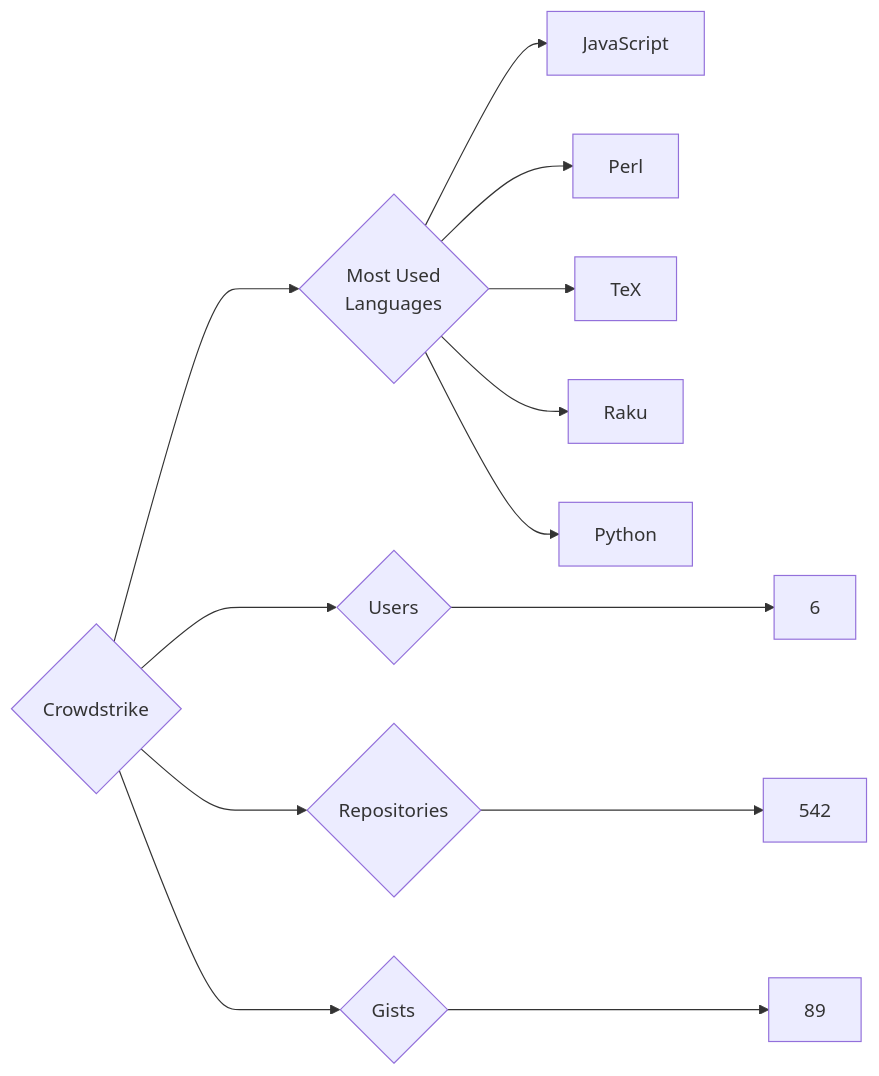
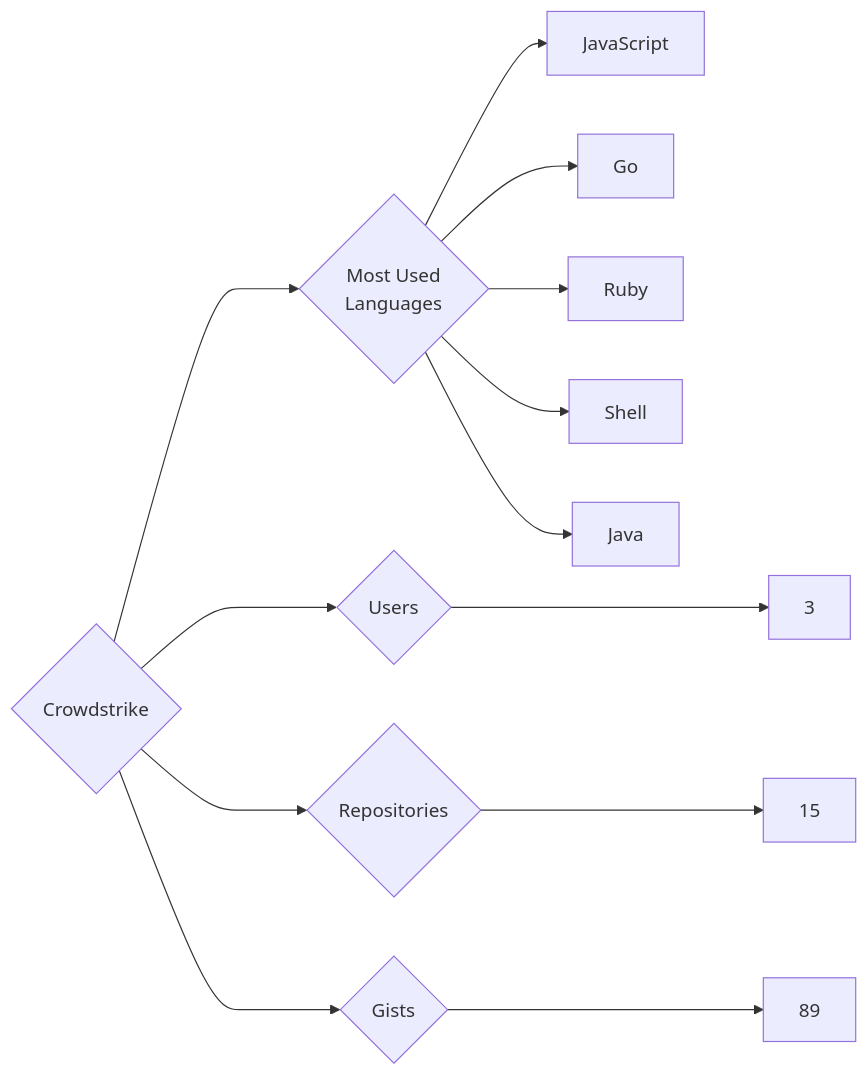
One commit to trickest/insiders changed the diagram in targets/Crowdstrike/README.md. Above: the diagram before and after it, drawn with Mermaid. The commit also changed 1089 other files, not shown here.

````diff
--- a/targets/Crowdstrike/README.md
+++ b/targets/Crowdstrike/README.md
@@ -3,13 +3,13 @@
 ```mermaid
 graph LR
 COMPANY_NAME{Crowdstrike}
-COMPANY_NAME ---> U{Users} ---> UN[6]
-COMPANY_NAME ---> R{Repositories} ---> RN[542]
+COMPANY_NAME ---> U{Users} ---> UN[3]
+COMPANY_NAME ---> R{Repositories} ---> RN[15]
 COMPANY_NAME ---> G{Gists} ---> GN[89]
 COMPANY_NAME ---> ML{Most Used<br>Languages}
 ML --> JavaScript[JavaScript]
-ML --> Perl[Perl]
-ML --> TeX[TeX]
-ML --> Raku[Raku]
-ML --> Python[Python]
+ML --> Go[Go]
+ML --> Ruby[Ruby]
+ML --> Shell[Shell]
+ML --> Java[Java]
 ```
````
